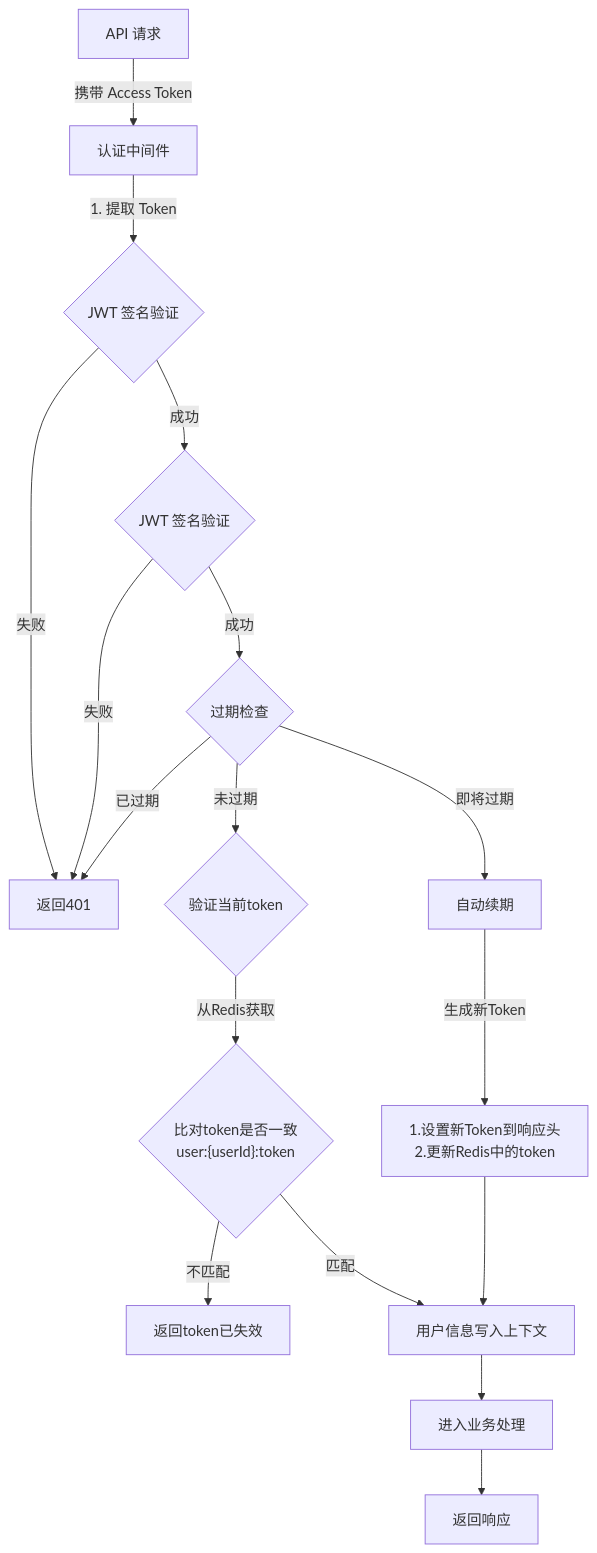
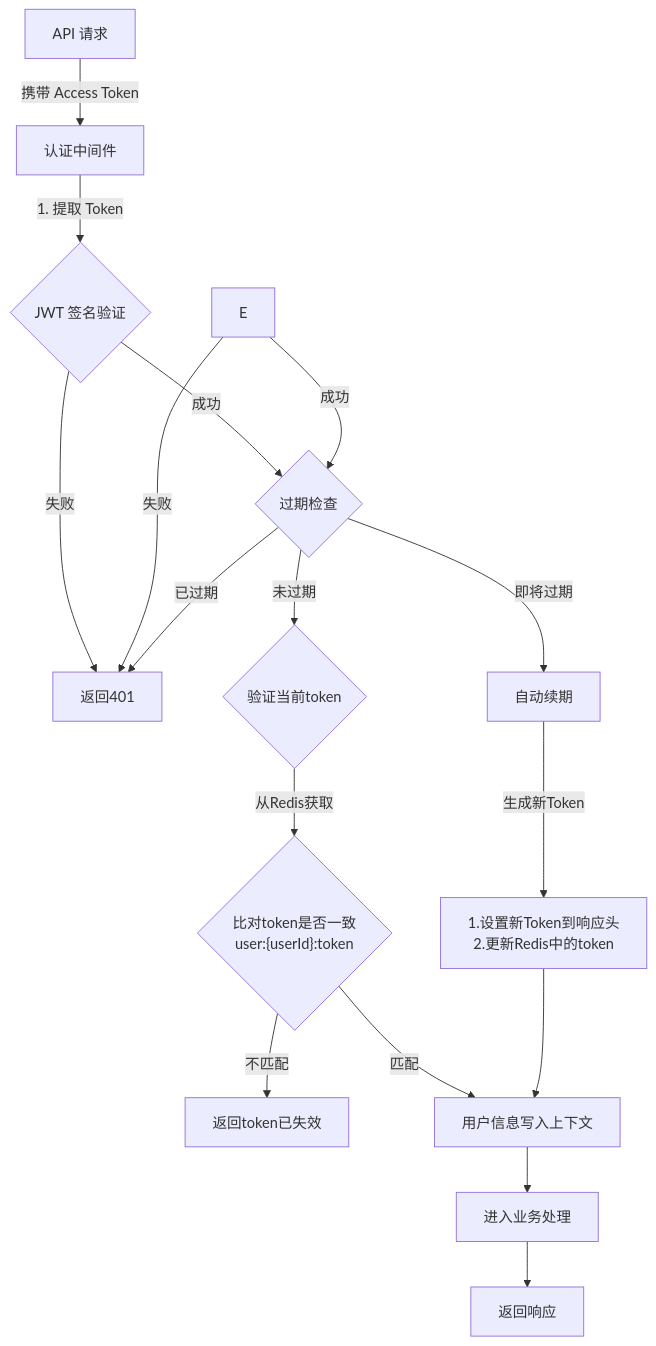
The diagram in all/未命名-15.md (yingjianzh/iodraw-files), drawn with Mermaid before and after one commit.

Commit message:
2025-01-03 10:53:12 update

````diff
--- a/all/未命名-15.md
+++ b/all/未命名-15.md
@@ -1,26 +1,26 @@
 ```mermaid
 flowchart TD
     A[API 请求] -->|携带 Access Token| B[认证中间件]
     B -->|1. 提取 Token| C{JWT 签名验证}
     C -->|失败| D[返回401]
-    C -->|成功| E{JWT 签名验证}
+    C -->|成功| F{JWT 签名验证}
     E -->|失败| D
     E -->|成功| F{过期检查}
     
     F -->|已过期| D
     F -->|即将过期| G[自动续期]
     F -->|未过期| H{验证当前token}
     
     H -->|从Redis获取| I{"比对token是否一致
     user:{userId}:token"}
     I -->|不匹配| J[返回token已失效]
     I -->|匹配| K[用户信息写入上下文]
     K --> L[进入业务处理]
     L --> N[返回响应]
     
     G -->|生成新Token| M["1.设置新Token到响应头
     2.更新Redis中的token"]
     M --> K
 
     
 ```
````
